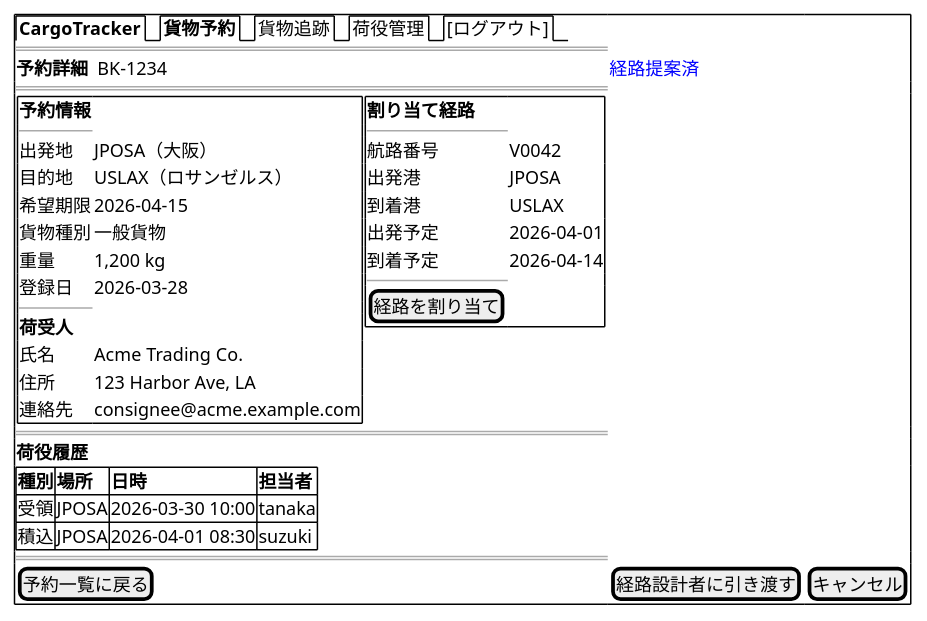
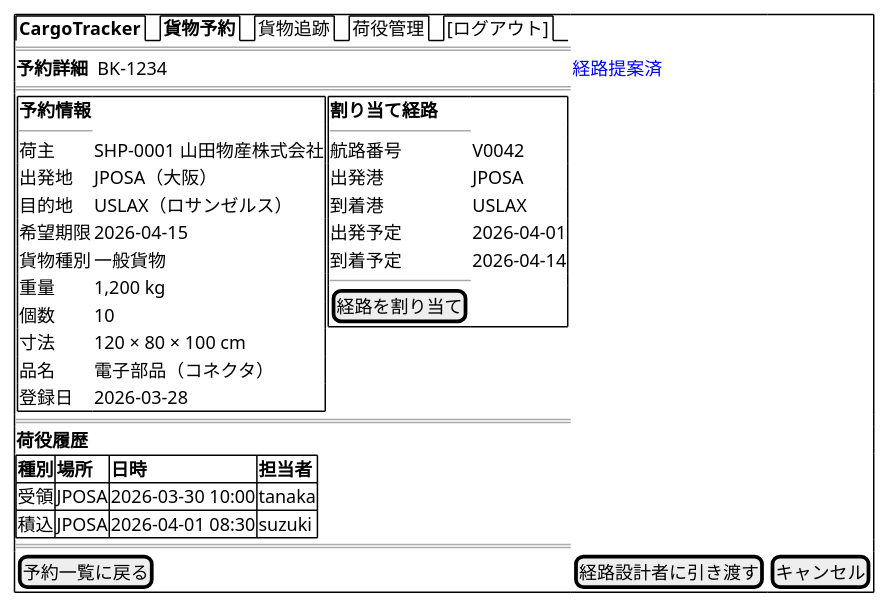
Diagram 11 of 27 in docs/design/ui_design.md (k2works/case-study-cargo-tracker), drawn with PlantUML before and after one commit. The commit also changed other lines of this file and 2 other files, not shown here.

````diff
--- a/docs/design/ui_design.md
+++ b/docs/design/ui_design.md
@@ -786,47 +851,46 @@
 ```plantuml
 @startsalt
 {+
   {/ <b>CargoTracker</b> | <b>貨物予約</b> | 貨物追跡 | 荷役管理 | [ログアウト] }
   ==
   <b>予約詳細</b>  BK-1234  |  <color:blue>経路提案済</color>
   ==
   {
     {+
       <b>予約情報</b>
       ----
+      荷主       | SHP-0001 山田物産株式会社
       出発地     | JPOSA（大阪）
       目的地     | USLAX（ロサンゼルス）
       希望期限   | 2026-04-15
       貨物種別   | 一般貨物
       重量       | 1,200 kg
+      個数       | 10
+      寸法       | 120 × 80 × 100 cm
+      品名       | 電子部品（コネクタ）
       登録日     | 2026-03-28
-      ----
-      <b>荷受人</b>
-      氏名       | Acme Trading Co.
-      住所       | 123 Harbor Ave, LA
-      連絡先     | consignee@acme.example.com
     } |
     {+
       <b>割り当て経路</b>
       ----
       航路番号   | V0042
       出発港     | JPOSA
       到着港     | USLAX
       出発予定   | 2026-04-01
       到着予定   | 2026-04-14
       ----
       [経路を割り当て]
     }
   }
   ==
   <b>荷役履歴</b>
   {#
     **種別** | **場所** | **日時** | **担当者**
     受領     | JPOSA    | 2026-03-30 10:00 | tanaka
     積込     | JPOSA    | 2026-04-01 08:30 | suzuki
   }
   ==
   [予約一覧に戻る] | [経路設計者に引き渡す] | [キャンセル]
 }
 @endsalt
 ```
````
